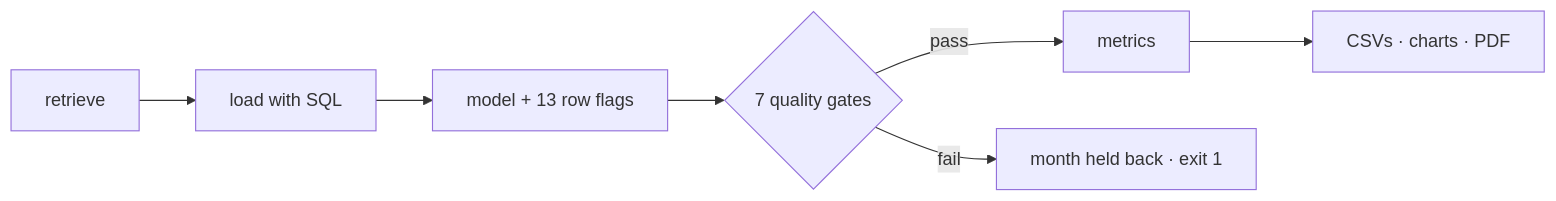
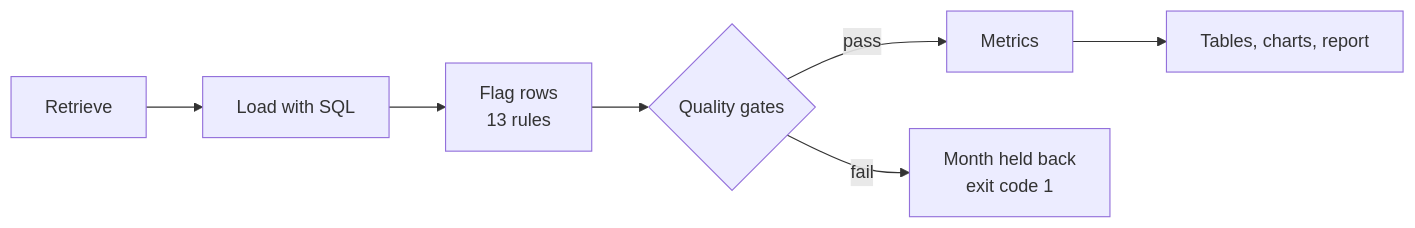
One commit to palak348/FDE-Assignment changed the second of 2 diagrams in assignment-2/README.md. Above: the diagram before and after it, drawn with Mermaid. The commit also changed other lines of this file and 1 other file, not shown here.

````diff
--- a/assignment-2/README.md
+++ b/assignment-2/README.md
@@ -62,6 +111,6 @@
 ```mermaid
 flowchart LR
-    A[retrieve] --> B[load with SQL] --> C[model + 13 row flags] --> D{7 quality gates}
-    D -->|pass| E[metrics] --> G["CSVs · charts · PDF"]
-    D -->|fail| Q[month held back · exit 1]
+    A[Retrieve] --> B[Load with SQL] --> C[Flag rows<br/>13 rules] --> D{Quality gates}
+    D -->|pass| E[Metrics] --> G[Tables, charts, report]
+    D -->|fail| Q[Month held back<br/>exit code 1]
 ```
````
